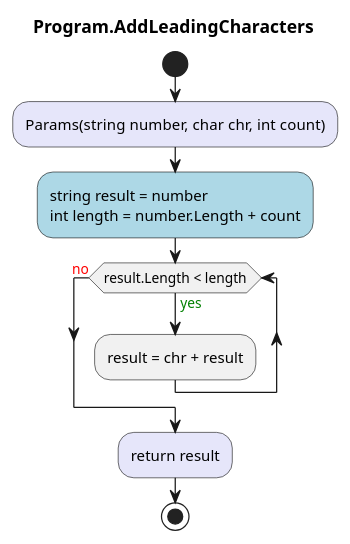
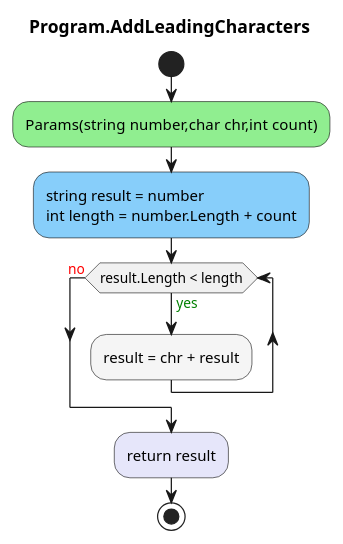
The diagram in BigInteger.ConApp/diagrams/ac_Program_AddLeadingCharacters.puml (leoggehrer/2324-34_ABIF_ACIF_POSE), drawn with PlantUML before and after one commit. The commit also changed 713 other files, not shown here.

Commit message:
Generated diagrams.

```diff
--- a/BigInteger.ConApp/diagrams/ac_Program_AddLeadingCharacters.puml
+++ b/BigInteger.ConApp/diagrams/ac_Program_AddLeadingCharacters.puml
@@ -1,12 +1,11 @@
 @startuml Program.AddLeadingCharacters
 title Program.AddLeadingCharacters
 start
-#Lavender:Params(string number, char chr, int count);
-#LightBlue:string result = number
-int length = number.Length + count;
+#LightGreen:Params(string number,char chr,int count);
+#LightSkyBlue:string result = number\nint length = number.Length + count;
 while (result.Length < length) is (<color:green>yes)
-    :result = chr + result;
+        #WhiteSmoke:result = chr + result;
 endwhile (<color:red>no)
 #Lavender:return result;
 stop
 @enduml
```
